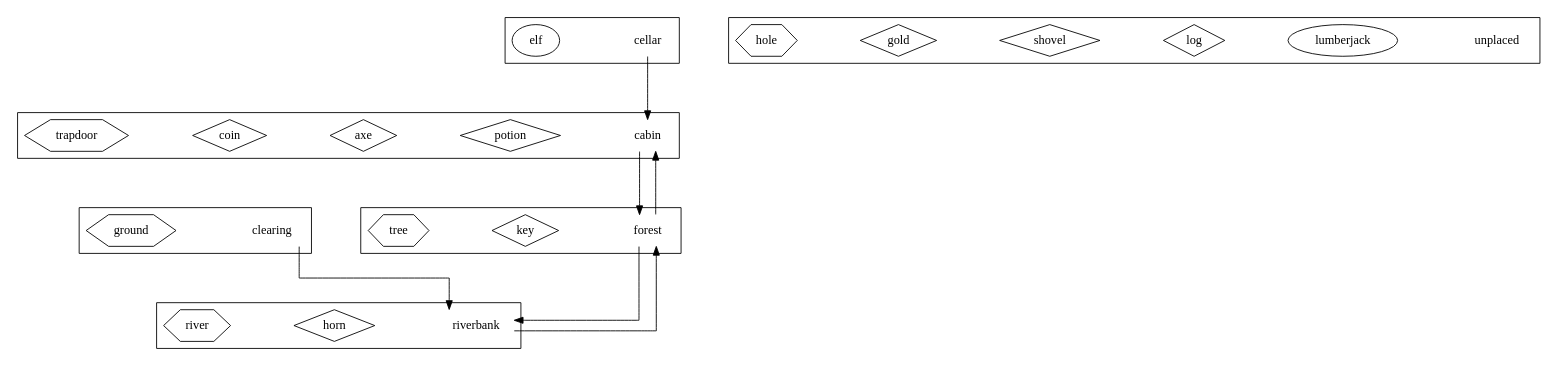
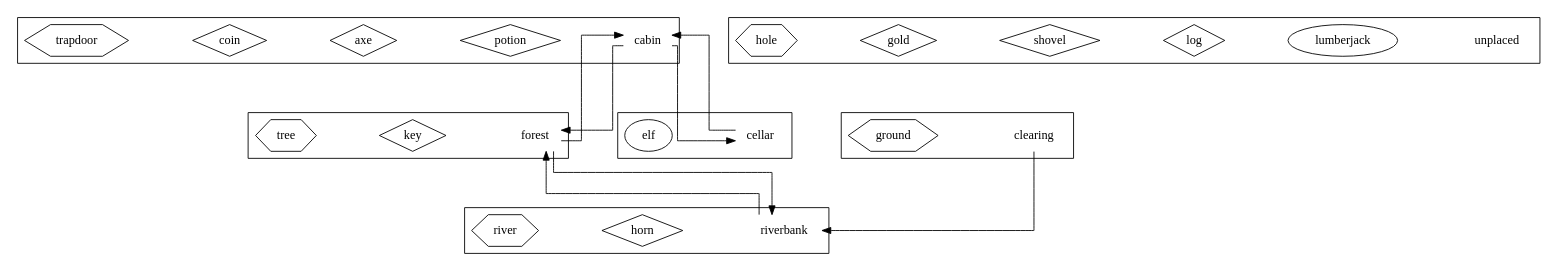
The diagram in data/extended-entities.dot (A-Madeline-Bates/Text-Adventure-Assessment), drawn with Graphviz before and after one commit. The commit also changed 4 other files, not shown here.

```diff
--- a/data/extended-entities.dot
+++ b/data/extended-entities.dot
@@ -1,99 +1,100 @@
 digraph layout {
     /* ortho splines just makes the arrows into straight lines (rather than curvy ones !) */
     splines = ortho;
     /* space everything out a bit to make it easier to see (for larger models) */
     graph [ranksep="1" nodesep="1"];
     node [shape = "rect"];
 
     subgraph locations {
 
         subgraph cluster001 {
             node [shape = "none"];
             cabin [description = "A log cabin in the woods"];
             subgraph artefacts {
                 node [shape = "diamond"];
                 potion [description = "A bottle of magic potion"];
                 axe [description = "A razor sharp axe"];
                 coin [description = "A silver coin"];
             }
             subgraph furniture {
                 node [shape = "hexagon"];
                 trapdoor [description = "A locked wooden trapdoor in the floor"];
             }
         }
 
         subgraph cluster002 {
             node [shape = "none"];
             forest [description = "A deep dark forest"];
             subgraph artefacts {
                 node [shape = "diamond"];
                 key [description = "A rusty old key"];
             }
             subgraph furniture {
                 node [shape = "hexagon"];
                 tree [description = "A tall pine tree"];
             }
         }
 
         subgraph cluster003 {
             node [shape = "none"];
             cellar [description = "A dusty cellar"]
             subgraph characters {
                 node [shape = "ellipse"];
                 elf [description = "An angry looking Elf"];
             }
         }
 
         subgraph cluster004 {
             node [shape = "none"];
             riverbank [description = "A grassy riverbank"]
             subgraph artefacts {
                 node [shape = "diamond"];
                 horn [description = "An old brass horn"];
             }
             subgraph furniture {
                 node [shape = "hexagon"];
                 river [description = "A fast flowing river"];
             }
         }
 
         subgraph cluster005 {
             node [shape = "none"];
             clearing [description = "A clearing in the woods"]
             subgraph furniture {
                 node [shape = "hexagon"];
                 ground [description = "It looks like the soil has been recently disturbed"];
             }
         }
 
         subgraph cluster999 {
             node [shape = "none"];
             unplaced [description = "Storage for any entities not placed in the game"]
             subgraph characters {
                 node [shape = "ellipse"];
                 lumberjack [description = "A burly wood cutter"];
             }
             subgraph artefacts {
                 node [shape = "diamond"];
                 log [description = "A heavy wooden log"];
                 shovel [description = "A sturdy shovel"];
                 gold [description = "A big pot of gold"];
             }
             subgraph furniture {
                 node [shape = "hexagon"];
                 hole [description = "A deep hole in the ground"];
             }
         }
 
     }
 
     subgraph paths {
         cabin -> forest;
         forest -> cabin;
         cellar -> cabin;
+        cabin -> cellar;
         forest -> riverbank
         riverbank -> forest
         clearing -> riverbank
     }
 
 }
```
